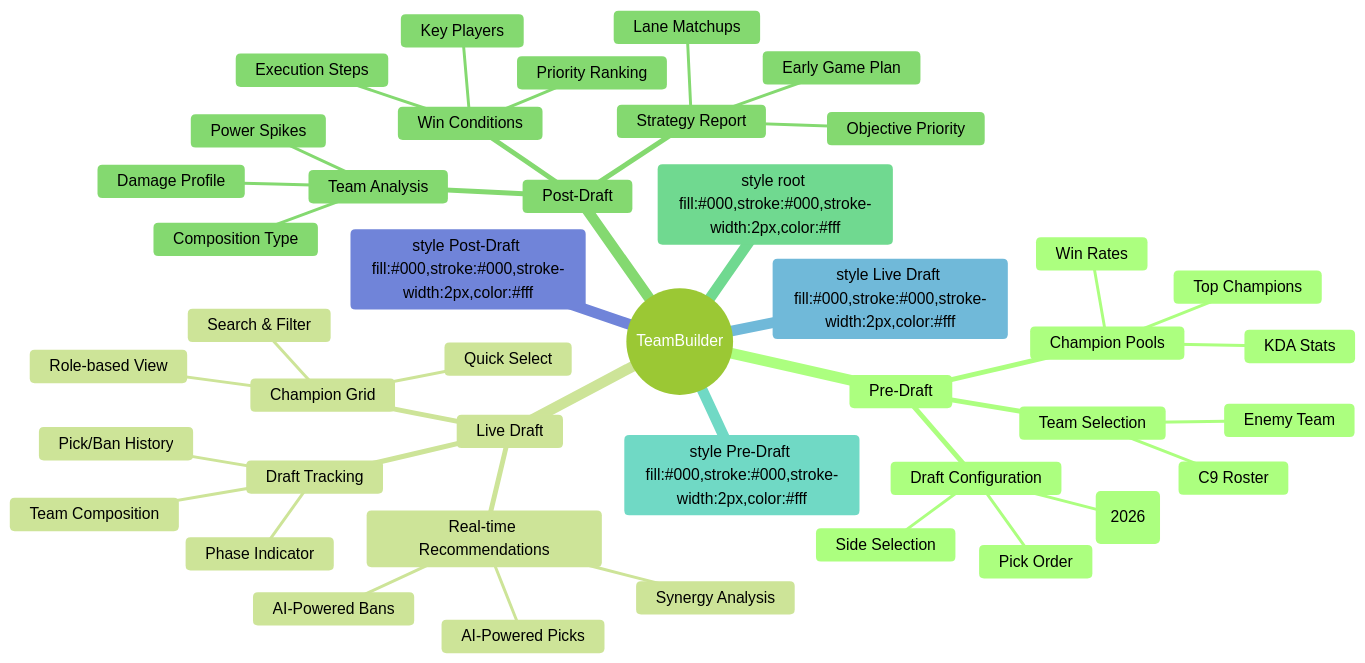
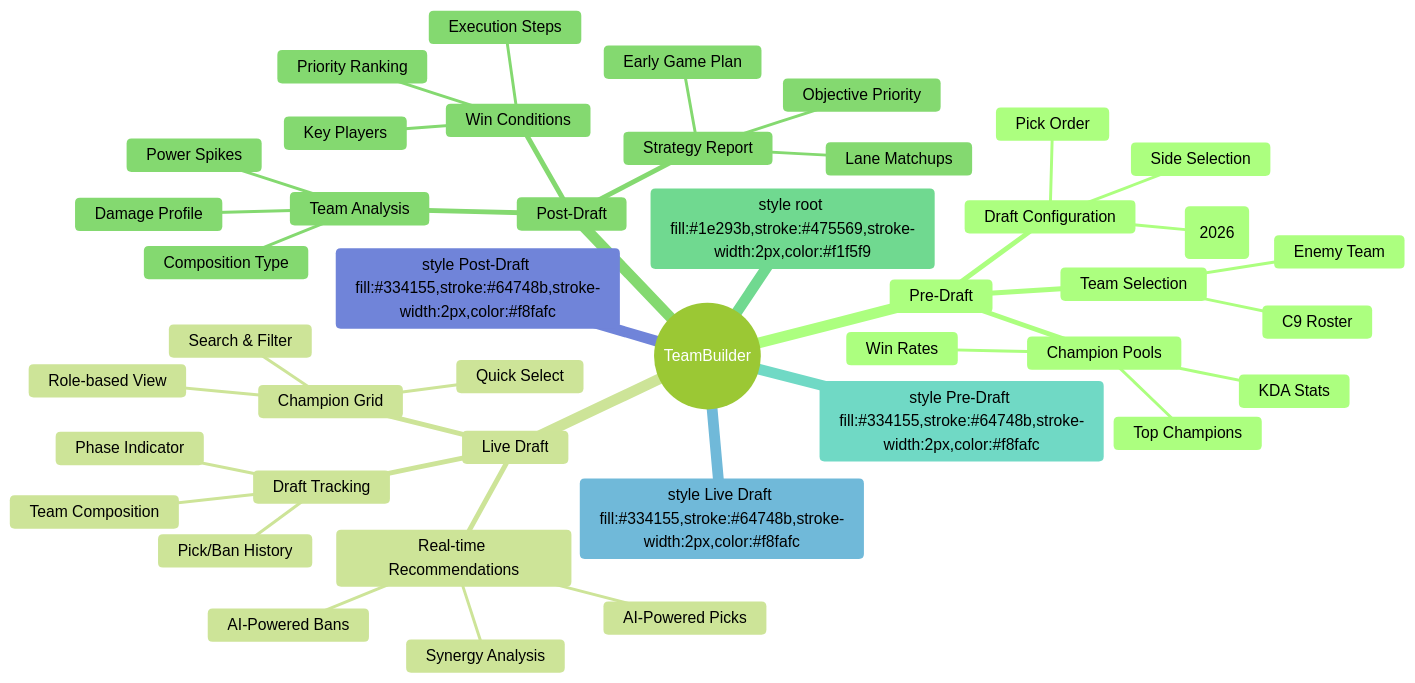
One commit to MoriatzLabs/TeamBuilder changed the third of 4 diagrams in README.md. Above: the diagram before and after it, drawn with Mermaid (forest theme).

````diff
--- a/README.md
+++ b/README.md
@@ -132,47 +132,47 @@
 ```mermaid
 mindmap
   root((TeamBuilder))
     Pre-Draft
       Team Selection
         C9 Roster
         Enemy Team
       Draft Configuration
         First Selection Rule (2026)
         Side Selection
         Pick Order
       Champion Pools
         Top Champions
         Win Rates
         KDA Stats
     Live Draft
       Real-time Recommendations
         AI-Powered Picks
         AI-Powered Bans
         Synergy Analysis
       Draft Tracking
         Pick/Ban History
         Phase Indicator
         Team Composition
       Champion Grid
         Search & Filter
         Role-based View
         Quick Select
     Post-Draft
       Team Analysis
         Composition Type
         Damage Profile
         Power Spikes
       Win Conditions
         Priority Ranking
         Execution Steps
         Key Players
       Strategy Report
         Early Game Plan
         Lane Matchups
         Objective Priority
     
-    style root fill:#000,stroke:#000,stroke-width:2px,color:#fff
-    style Pre-Draft fill:#000,stroke:#000,stroke-width:2px,color:#fff
-    style Live Draft fill:#000,stroke:#000,stroke-width:2px,color:#fff
-    style Post-Draft fill:#000,stroke:#000,stroke-width:2px,color:#fff
+    style root fill:#1e293b,stroke:#475569,stroke-width:2px,color:#f1f5f9
+    style Pre-Draft fill:#334155,stroke:#64748b,stroke-width:2px,color:#f8fafc
+    style Live Draft fill:#334155,stroke:#64748b,stroke-width:2px,color:#f8fafc
+    style Post-Draft fill:#334155,stroke:#64748b,stroke-width:2px,color:#f8fafc
 ```
````
